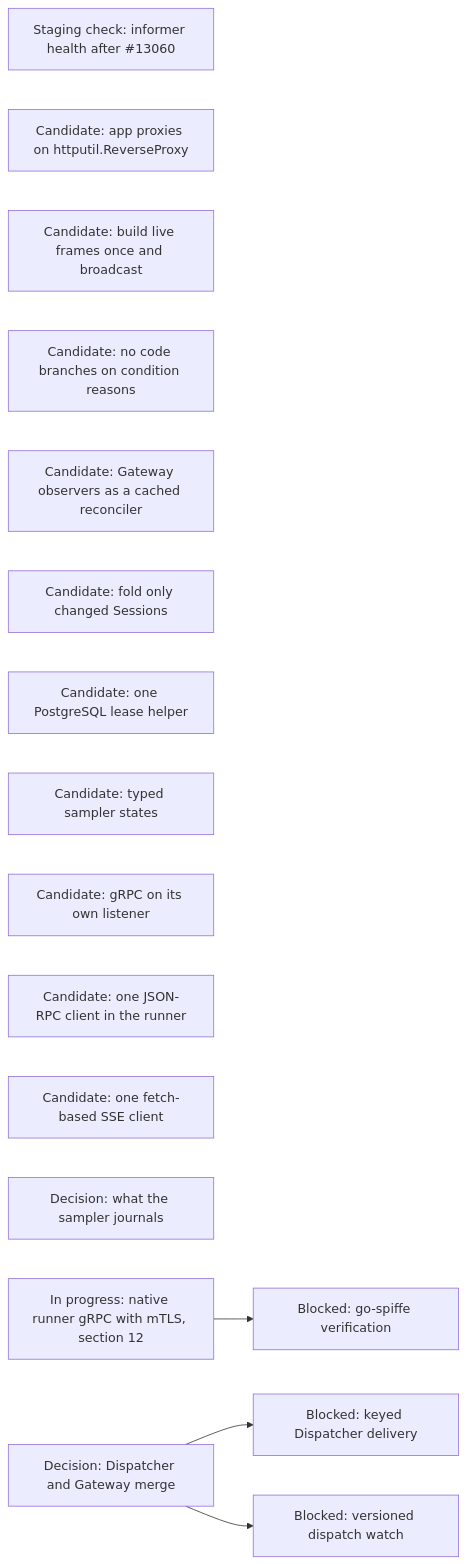
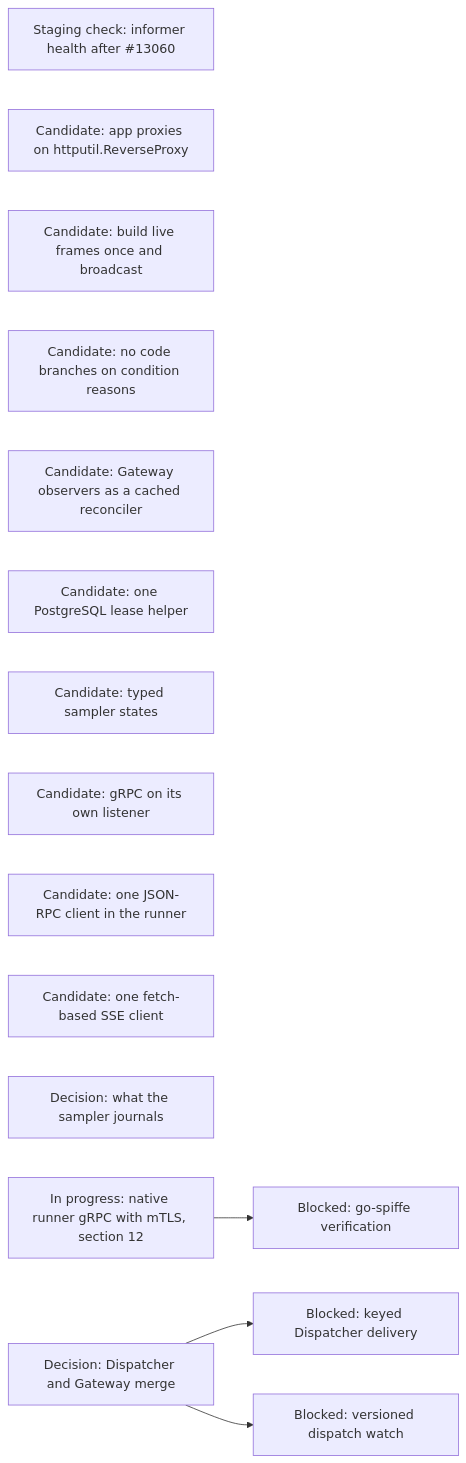
One commit to agentydragon/ducktape changed diagram 18 of 18 in agentplane/plans/task_dag.md. Above: the diagram before and after it, drawn with Mermaid. The commit also changed other lines of this file and 6 other files, not shown here.

First line of the commit message:
agentplane: History fold claims only Sessions whose history changed

````diff
--- a/agentplane/plans/task_dag.md
+++ b/agentplane/plans/task_dag.md
@@ -1924,18 +1924,17 @@
 ```mermaid
 flowchart LR
     KUBERNETES_NATIVE_WATCH_HEALTH[Staging check: informer health after #13060]
     APP_PROXY_REVERSE_PROXY[Candidate: app proxies on httputil.ReverseProxy]
     APP_LIVE_FRAME_BROADCAST[Candidate: build live frames once and broadcast]
     CONDITION_REASONS_NOT_STATE[Candidate: no code branches on condition reasons]
     GATEWAY_OBSERVER_RECONCILER[Candidate: Gateway observers as a cached reconciler]
-    HISTORY_FOLD_DIRTY_QUEUE[Candidate: fold only changed Sessions]
     POSTGRES_LEASE_HELPER[Candidate: one PostgreSQL lease helper]
     SAMPLER_TYPED_STATE[Candidate: typed sampler states]
     GRPC_NATIVE_LISTENER[Candidate: gRPC on its own listener]
     RUNNER_JSONRPC[Candidate: one JSON-RPC client in the runner]
     FRONTEND_SSE_CLIENT[Candidate: one fetch-based SSE client]
     SAMPLER_JOURNAL_DIET[Decision: what the sampler journals]
     RUNNER_CONTROL_TRANSPORT_DESIGN[In progress: native runner gRPC with mTLS, section 12] --> RUNNER_MTLS_GO_SPIFFE[Blocked: go-spiffe verification]
     DISPATCHER_PERSISTENCE_MODEL_DESIGN[Decision: Dispatcher and Gateway merge] --> DISPATCHER_KEYED_DELIVERY[Blocked: keyed Dispatcher delivery]
     DISPATCHER_PERSISTENCE_MODEL_DESIGN --> DISPATCHER_WATCH_VERSIONS[Blocked: versioned dispatch watch]
 ```
````
